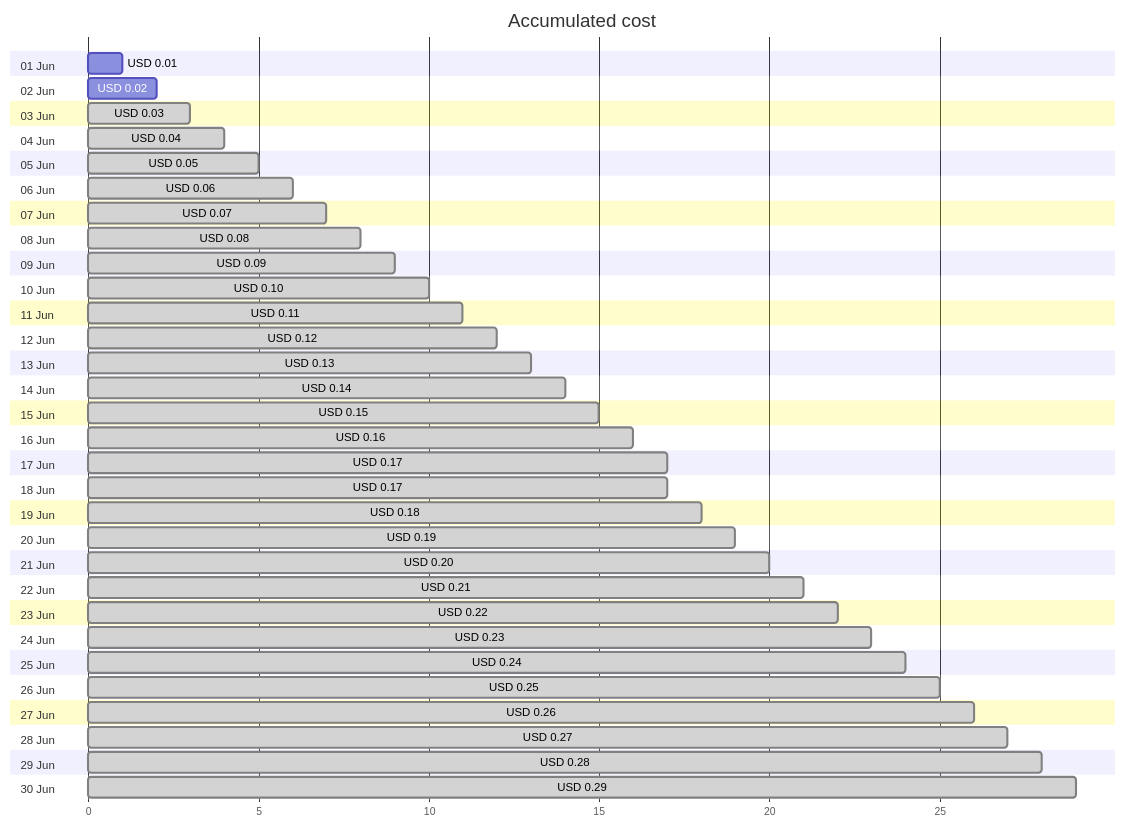
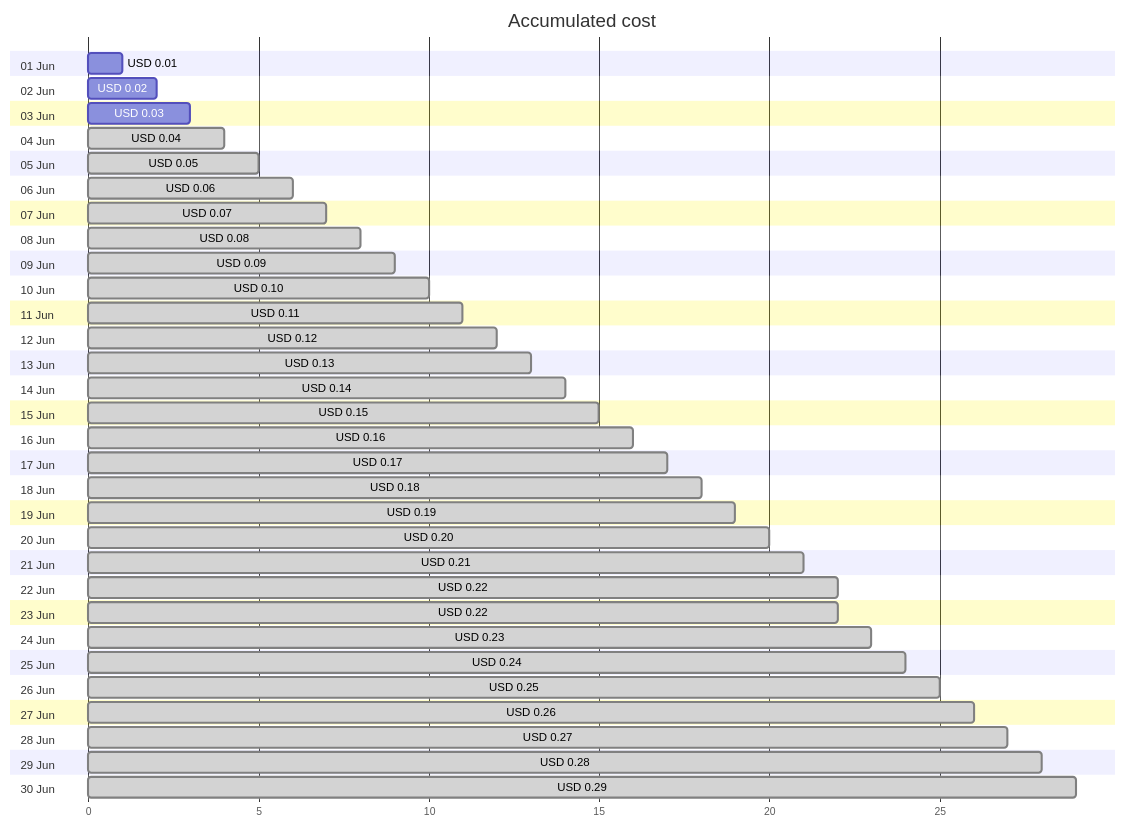
One commit to jpfulton/azure-personal-reports changed the first of 4 diagrams in cost-reports/cloud-shell-storage-eastus/README.md. Above: the diagram before and after it, drawn with Mermaid. The commit also changed other lines of this file and 1 other file, not shown here.

````diff
--- a/cost-reports/cloud-shell-storage-eastus/README.md
+++ b/cost-reports/cloud-shell-storage-eastus/README.md
@@ -20,66 +20,66 @@
 ```mermaid
 gantt
    title Accumulated cost
    dateFormat  X
    axisFormat %s
    section 01 Jun
    USD 0.01 :0, 1
    section 02 Jun
    USD 0.02 :0, 2
    section 03 Jun
-   USD 0.03 : done, 0, 3
+   USD 0.03 :0, 3
    section 04 Jun
    USD 0.04 : done, 0, 4
    section 05 Jun
    USD 0.05 : done, 0, 5
    section 06 Jun
    USD 0.06 : done, 0, 6
    section 07 Jun
    USD 0.07 : done, 0, 7
    section 08 Jun
    USD 0.08 : done, 0, 8
    section 09 Jun
    USD 0.09 : done, 0, 9
    section 10 Jun
    USD 0.10 : done, 0, 10
    section 11 Jun
    USD 0.11 : done, 0, 11
    section 12 Jun
    USD 0.12 : done, 0, 12
    section 13 Jun
    USD 0.13 : done, 0, 13
    section 14 Jun
    USD 0.14 : done, 0, 14
    section 15 Jun
    USD 0.15 : done, 0, 15
    section 16 Jun
    USD 0.16 : done, 0, 16
    section 17 Jun
    USD 0.17 : done, 0, 17
    section 18 Jun
-   USD 0.17 : done, 0, 17
+   USD 0.18 : done, 0, 18
    section 19 Jun
-   USD 0.18 : done, 0, 18
+   USD 0.19 : done, 0, 19
    section 20 Jun
-   USD 0.19 : done, 0, 19
+   USD 0.20 : done, 0, 20
    section 21 Jun
-   USD 0.20 : done, 0, 20
+   USD 0.21 : done, 0, 21
    section 22 Jun
-   USD 0.21 : done, 0, 21
+   USD 0.22 : done, 0, 22
    section 23 Jun
    USD 0.22 : done, 0, 22
    section 24 Jun
    USD 0.23 : done, 0, 23
    section 25 Jun
    USD 0.24 : done, 0, 24
    section 26 Jun
    USD 0.25 : done, 0, 25
    section 27 Jun
    USD 0.26 : done, 0, 26
    section 28 Jun
    USD 0.27 : done, 0, 27
    section 29 Jun
    USD 0.28 : done, 0, 28
    section 30 Jun
    USD 0.29 : done, 0, 29
 ```
````
